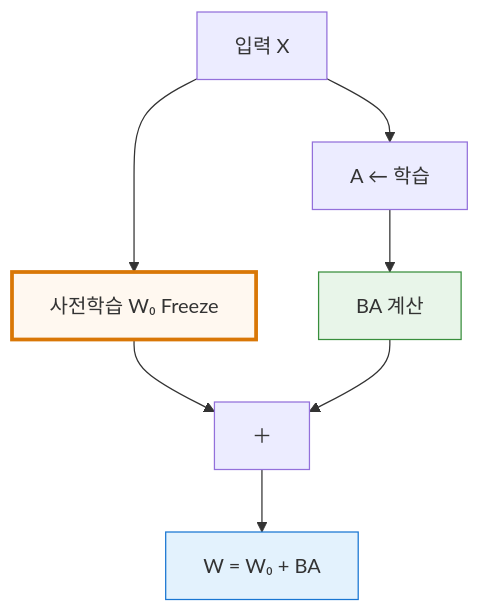
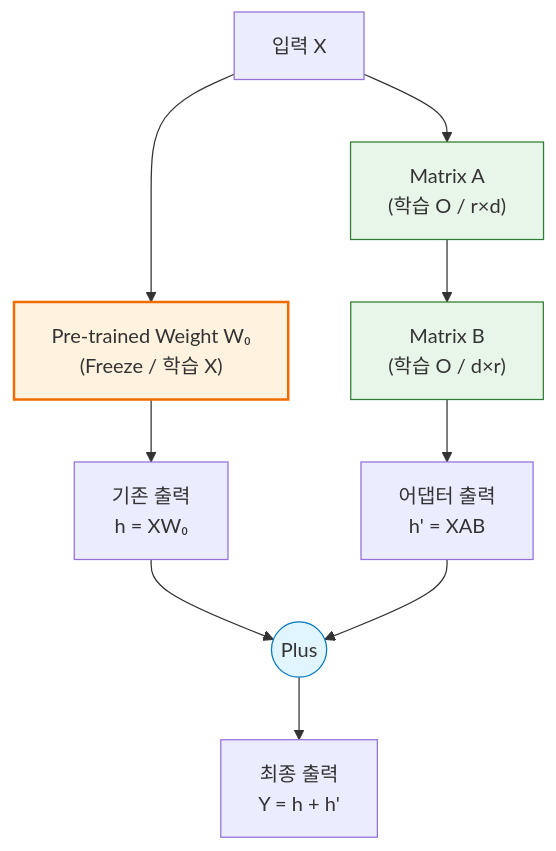
Before and after one commit to Ricepunchb/Idsh-obsidian-garden: the first of 2 diagrams in content/study/LoRA.md, drawn with Mermaid. The commit also changed other lines of this file and 14 other files, not shown here.

````diff
--- a/content/study/LoRA.md
+++ b/content/study/LoRA.md
@@ -19,14 +24,20 @@
 ```mermaid
-%% 도표 1: LoRA의 기본 구조
 %%{init: {'theme':'default'}}%%
 graph TD
-    X[입력 X] --> W0[사전학습 W₀ Freeze]
-    X --> A[A ← 학습]
-    A --> BA[BA 계산]
-    W0 --> Plus[＋]
-    BA --> Plus
-    Plus --> Out[W = W₀ + BA]
-    style W0 fill:#FFF8F0,stroke:#D97706,stroke-width:3px
-    style BA fill:#E8F5E9,stroke:#388E3C
-    style Out fill:#E3F2FD,stroke:#1976D2
+    X["입력 X"] --> W0["Pre-trained Weight W₀<br/>(Freeze / 학습 X)"]
+    X --> A["Matrix A<br/>(학습 O / r×d)"]
+    
+    W0 --> MainOut["기존 출력<br/>h = XW₀"]
+    
+    A --> B["Matrix B<br/>(학습 O / d×r)"]
+    B --> AdapterOut["어댑터 출력<br/>h' = XAB"]
+    
+    MainOut --> Sum((Plus))
+    AdapterOut --> Sum
+    Sum --> Final["최종 출력<br/>Y = h + h'"]
+
+    style W0 fill:#FFF3E0,stroke:#EF6C00,stroke-width:2px
+    style A fill:#E8F5E9,stroke:#2E7D32
+    style B fill:#E8F5E9,stroke:#2E7D32
+    style Sum fill:#E1F5FE,stroke:#0277BD
 ```
````
